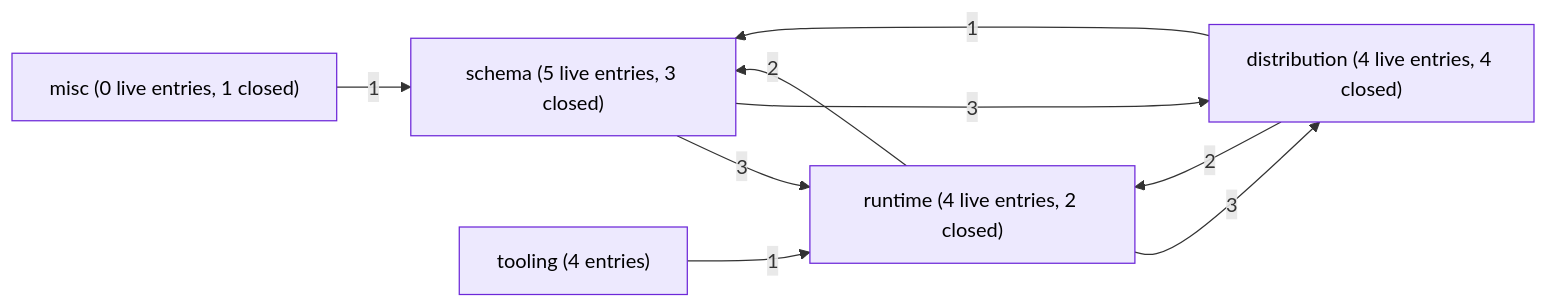
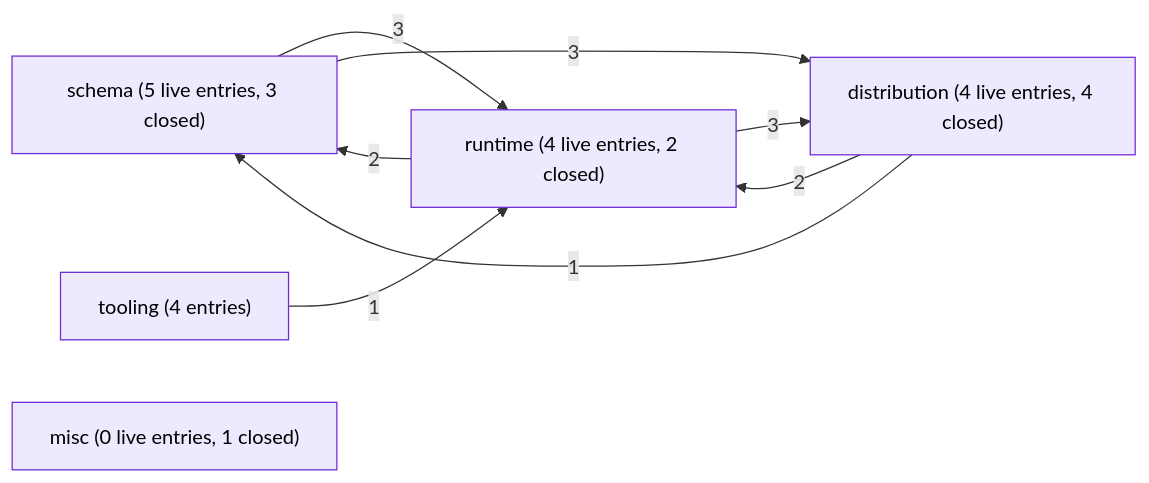
One commit to open-platform-model/enhancements changed the first of 6 diagrams in GRAPH.md. Above: the diagram before and after it, drawn with Mermaid. The commit also changed other lines of this file and 2 other files, not shown here.

Commit message:
docs: generate the README of 0013 and refresh INDEX and GRAPH

````diff
--- a/GRAPH.md
+++ b/GRAPH.md
@@ -18,26 +17,25 @@
 ```mermaid
 graph LR
   classDef draft       fill:#fef3c7,stroke:#b45309,color:#000
   classDef accepted    fill:#dbeafe,stroke:#1d4ed8,color:#000
   classDef rejected    fill:#fee2e2,stroke:#b91c1c,color:#7f1d1d,stroke-dasharray:4 2
+  classDef withdrawn   fill:#fef2f2,stroke:#b91c1c,color:#7f1d1d,stroke-dasharray:1 3
   classDef superseded  fill:#e5e7eb,stroke:#6b7280,color:#6b7280
   classDef delivered   fill:#dcfce7,stroke:#15803d,color:#14532d
-  classDef legacy      fill:#fafafa,stroke:#9ca3af,color:#6b7280,stroke-dasharray:3 3
   classDef stub        fill:#f3f4f6,stroke:#9ca3af,color:#374151
   classDef category    fill:#ede9fe,stroke:#6d28d9,color:#000
 
   Cschema["schema (5 live entries, 3 closed)"]:::category
   Cruntime["runtime (4 live entries, 2 closed)"]:::category
   Cdistribution["distribution (4 live entries, 4 closed)"]:::category
   Ctooling["tooling (4 entries)"]:::category
   Cmisc["misc (0 live entries, 1 closed)"]:::category
 
   Cschema -->|3| Cruntime
   Cschema -->|3| Cdistribution
   Cruntime -->|2| Cschema
   Cruntime -->|3| Cdistribution
   Cdistribution -->|1| Cschema
   Cdistribution -->|2| Cruntime
   Ctooling -->|1| Cruntime
-  Cmisc -->|1| Cschema
 ```
````
